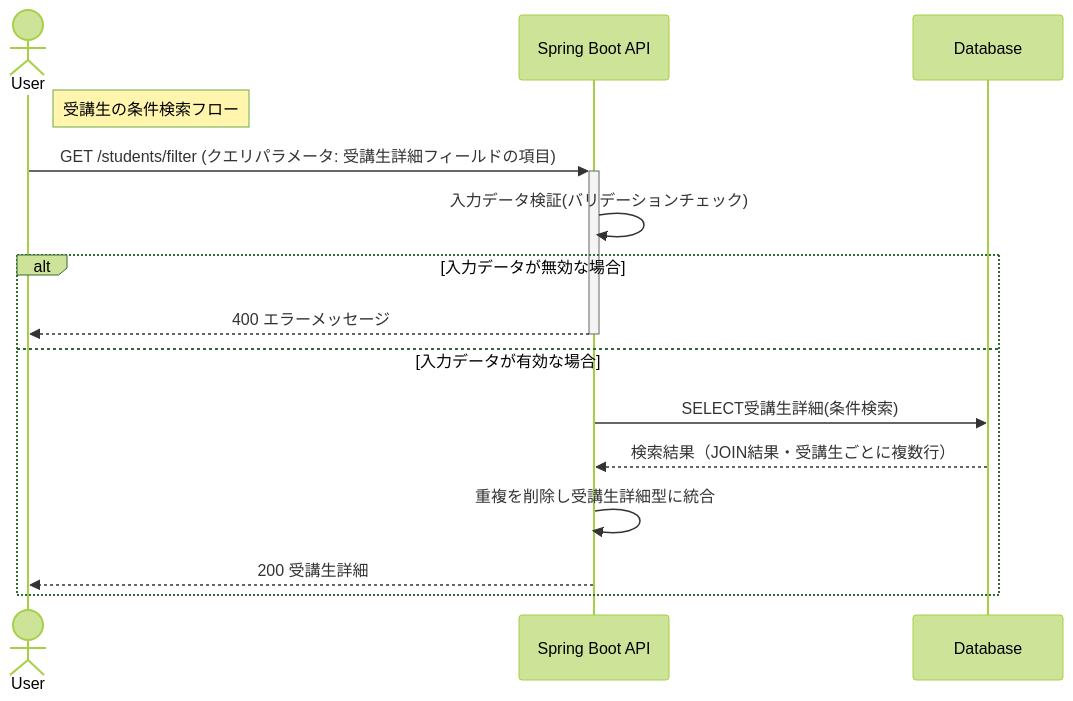
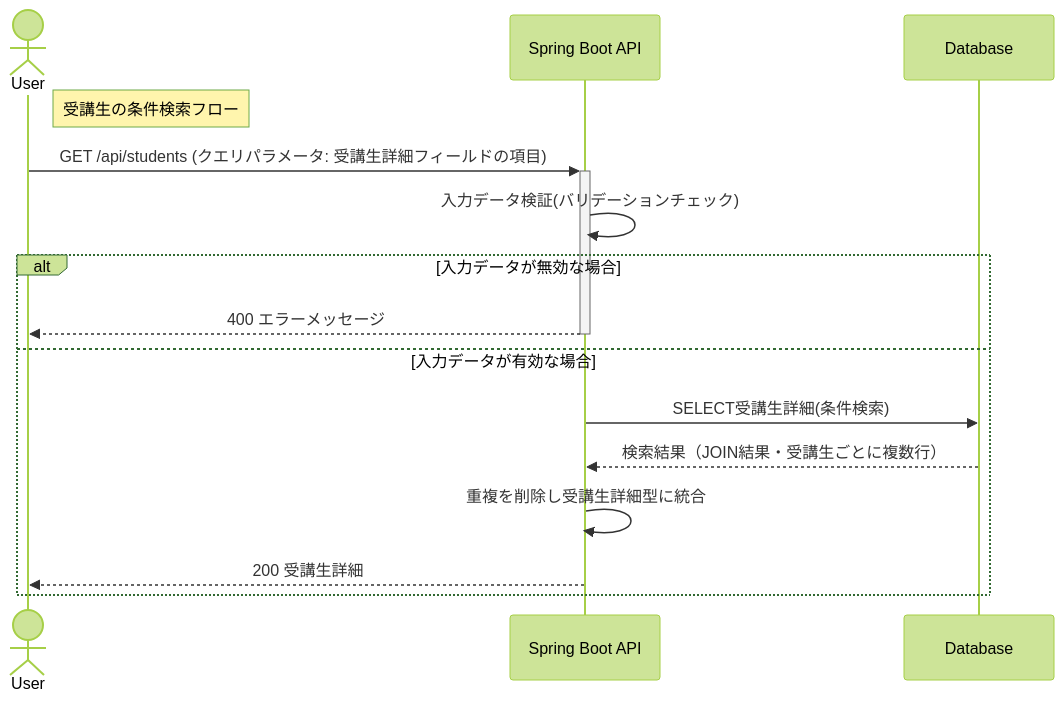
One commit to anmitsu-nagaya/StudentManagement changed the second of 4 diagrams in README.md. Above: the diagram before and after it, drawn with Mermaid (forest theme). The commit also changed other lines of this file, not shown here.

````diff
--- a/README.md
+++ b/README.md
@@ -178,17 +178,17 @@
 ```mermaid
 sequenceDiagram
     actor User
     participant API as Spring Boot API
     participant DB as Database
     Note right of User: 受講生の条件検索フロー
-    User ->>+ API: GET /students/filter (クエリパラメータ: 受講生詳細フィールドの項目)
+    User ->>+ API: GET /api/students (クエリパラメータ: 受講生詳細フィールドの項目)
     API ->> API: 入力データ検証(バリデーションチェック)
     alt 入力データが無効な場合
         API -->>- User: 400 エラーメッセージ
     else 入力データが有効な場合
         API ->> DB: SELECT受講生詳細(条件検索)
         DB -->> API: 検索結果（JOIN結果・受講生ごとに複数行）
         API ->> API: 重複を削除し受講生詳細型に統合
         API -->> User: 200 受講生詳細
     end
 ```
````
